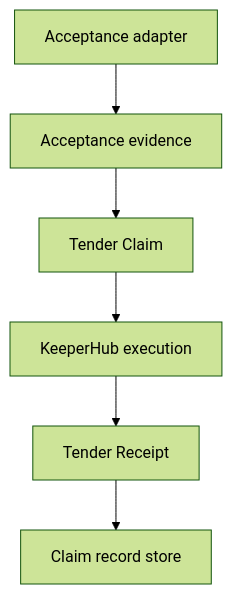
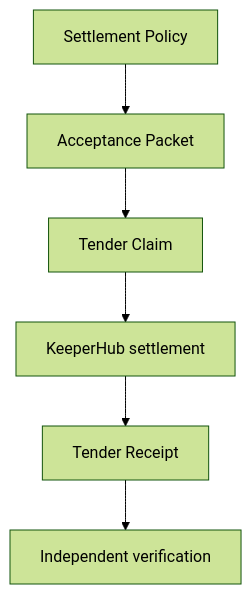
Before and after one commit to Faadil1/tender: the diagram in docs/ARCHITECTURE.md, drawn with Mermaid (forest theme). The commit also changed other lines of this file and 18 other files, not shown here.

First line of the commit message:
Harden Tender operator runtime and claim semantics

````diff
--- a/docs/ARCHITECTURE.md
+++ b/docs/ARCHITECTURE.md
@@ -3,8 +3,8 @@
 ```mermaid
 flowchart TD
-  Source["Acceptance adapter"] --> Evidence["Acceptance evidence"]
-  Evidence --> Claim["Tender Claim"]
-  Claim --> KeeperHub["KeeperHub execution"]
+  Policy["Settlement Policy"] --> Packet["Acceptance Packet"]
+  Packet --> Claim["Tender Claim"]
+  Claim --> KeeperHub["KeeperHub settlement"]
   KeeperHub --> Receipt["Tender Receipt"]
-  Receipt --> Store["Claim record store"]
+  Receipt --> Verify["Independent verification"]
 ```
````
